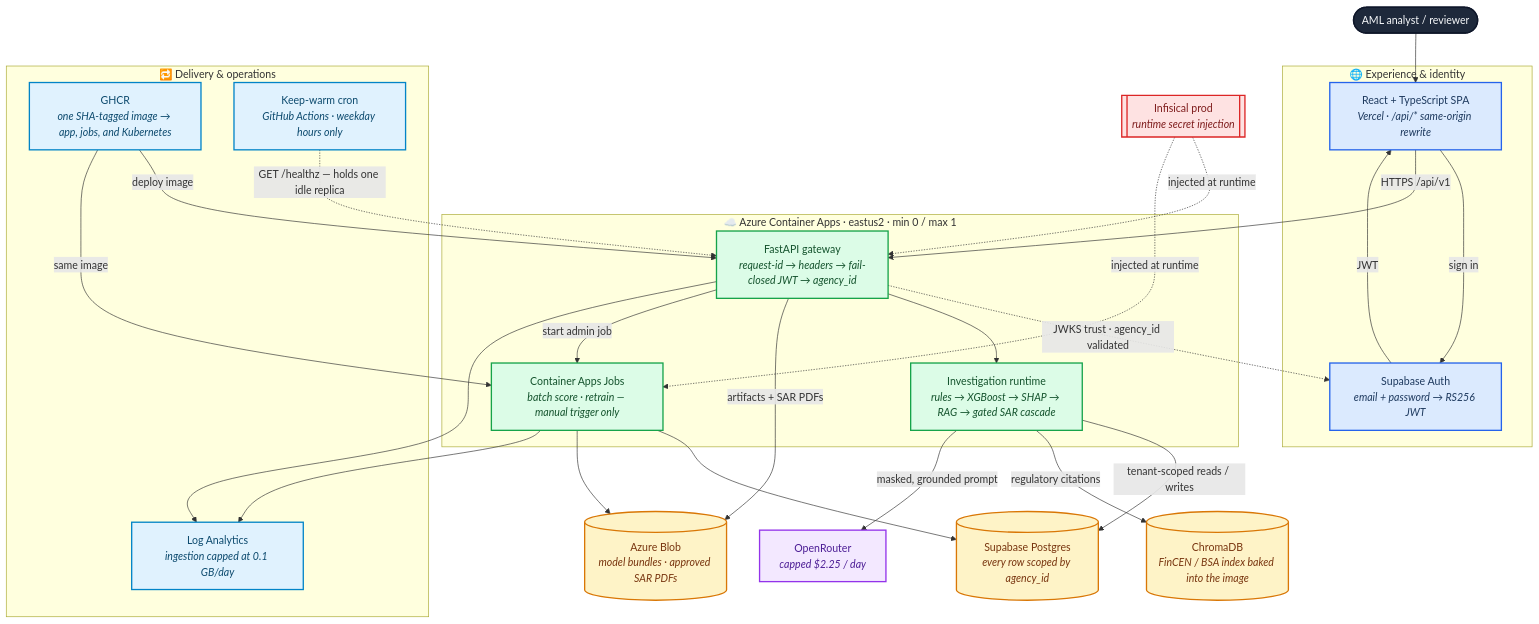
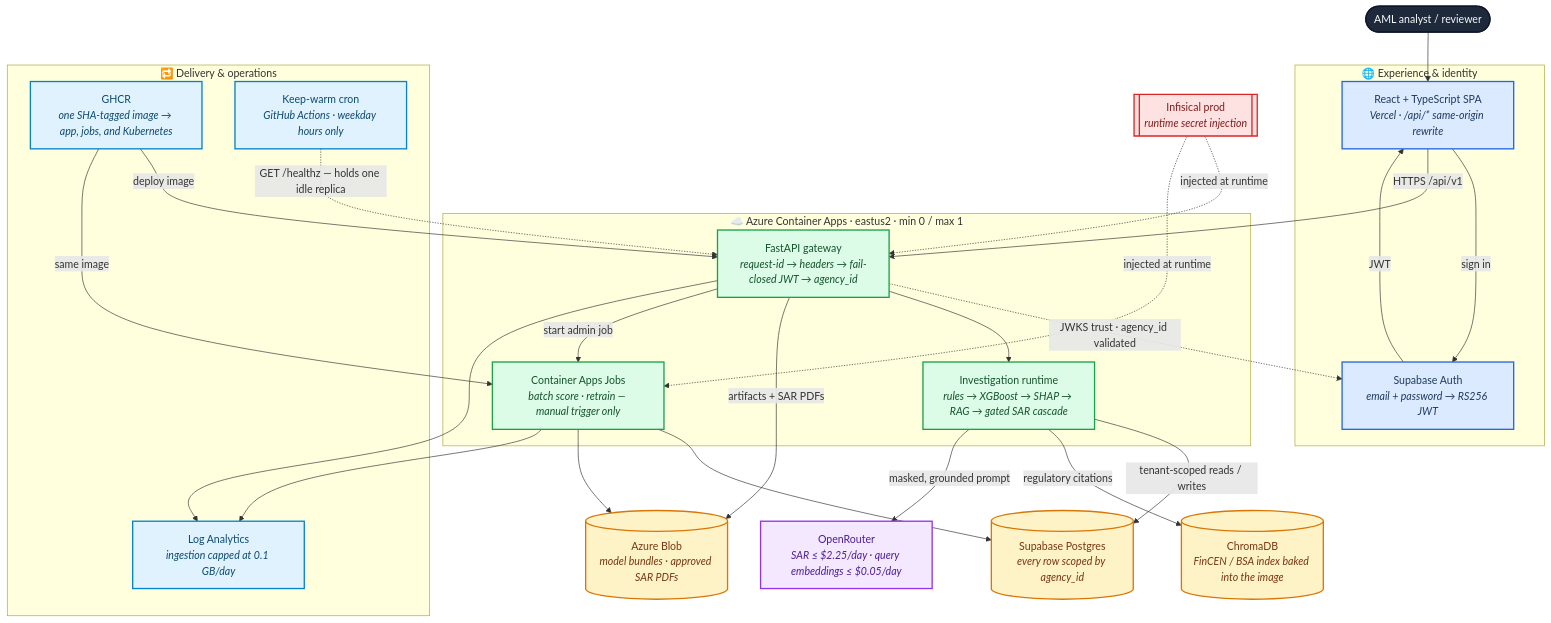
One commit to Kartik-Hirijaganer/FraudLens changed the first of 3 diagrams in README.md. Above: the diagram before and after it, drawn with Mermaid. The commit also changed other lines of this file and 42 other files, not shown here.

````diff
--- a/README.md
+++ b/README.md
@@ -46,64 +46,64 @@
 ```mermaid
 flowchart TB
     user(["AML analyst / reviewer"])
 
     subgraph edge["🌐 Experience & identity"]
         spa["React + TypeScript SPA<br/><i>Vercel · /api/* same-origin rewrite</i>"]
         auth["Supabase Auth<br/><i>email + password → RS256 JWT</i>"]
     end
 
     subgraph azure["☁️ Azure Container Apps · eastus2 · min 0 / max 1"]
         gw["FastAPI gateway<br/><i>request-id → headers → fail-closed JWT → agency_id</i>"]
         pipe["Investigation runtime<br/><i>rules → XGBoost → SHAP → RAG → gated SAR cascade</i>"]
         jobs["Container Apps Jobs<br/><i>batch score · retrain — manual trigger only</i>"]
     end
 
     subgraph ops["🔁 Delivery & operations"]
         ghcr["GHCR<br/><i>one SHA-tagged image → app, jobs, and Kubernetes</i>"]
         warm["Keep-warm cron<br/><i>GitHub Actions · weekday hours only</i>"]
         logs["Log Analytics<br/><i>ingestion capped at 0.1 GB/day</i>"]
     end
 
     db[("Supabase Postgres<br/><i>every row scoped by agency_id</i>")]
     rag[("ChromaDB<br/><i>FinCEN / BSA index baked into the image</i>")]
     blob[("Azure Blob<br/><i>model bundles · approved SAR PDFs</i>")]
-    llm["OpenRouter<br/><i>capped $2.25 / day</i>"]
+    llm["OpenRouter<br/><i>SAR ≤ $2.25/day · query embeddings ≤ $0.05/day</i>"]
     vault[["Infisical prod<br/><i>runtime secret injection</i>"]]
 
     user --> spa
     spa -->|"sign in"| auth
     auth -->|"JWT"| spa
     spa -->|"HTTPS /api/v1"| gw
     gw -.->|"JWKS trust · agency_id validated"| auth
     gw --> pipe
     pipe -->|"tenant-scoped reads / writes"| db
     pipe -->|"regulatory citations"| rag
     pipe -->|"masked, grounded prompt"| llm
     gw -->|"artifacts + SAR PDFs"| blob
     gw -->|"start admin job"| jobs
     jobs --> db
     jobs --> blob
     ghcr -->|"deploy image"| gw
     ghcr -->|"same image"| jobs
     warm -.->|"GET /healthz — holds one idle replica"| gw
     gw --> logs
     jobs --> logs
     vault -.->|"injected at runtime"| gw
     vault -.->|"injected at runtime"| jobs
 
     classDef person fill:#1e293b,stroke:#0f172a,stroke-width:2px,color:#f8fafc
     classDef web    fill:#dbeafe,stroke:#2563eb,stroke-width:2px,color:#1e3a5f
     classDef compute fill:#dcfce7,stroke:#16a34a,stroke-width:2px,color:#14532d
     classDef store  fill:#fef3c7,stroke:#d97706,stroke-width:2px,color:#78350f
     classDef ext    fill:#f3e8ff,stroke:#9333ea,stroke-width:2px,color:#4c1d95
     classDef secret fill:#fee2e2,stroke:#dc2626,stroke-width:2px,color:#7f1d1d
     classDef opsnode fill:#e0f2fe,stroke:#0284c7,stroke-width:2px,color:#0c4a6e
 
     class user person
     class spa,auth web
     class gw,pipe,jobs compute
     class db,rag,blob store
     class llm ext
     class vault secret
     class ghcr,warm,logs opsnode
 ```
````
